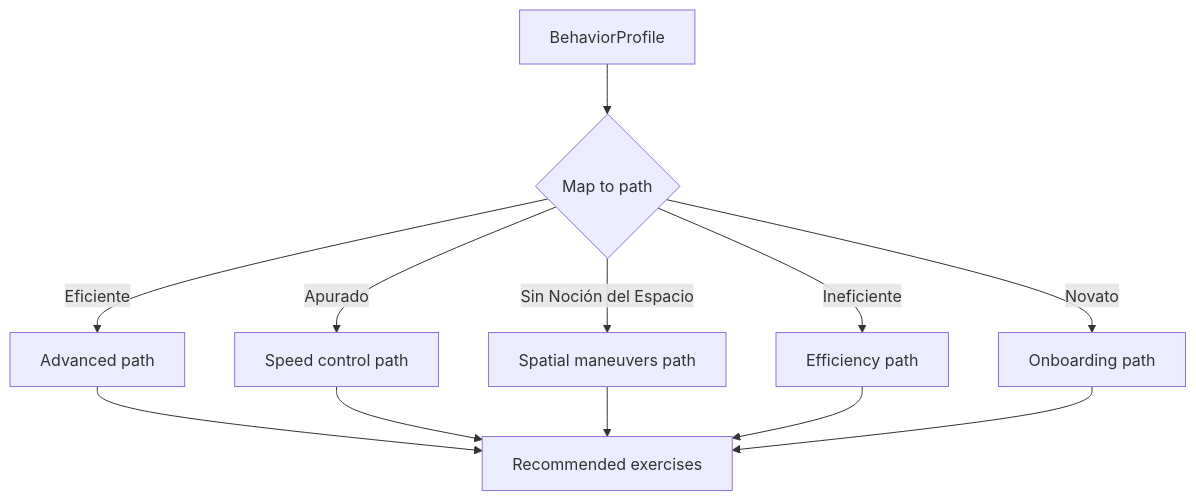
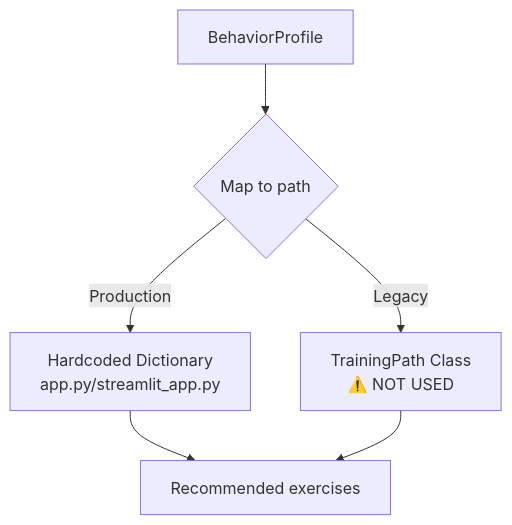
One commit to AgusCatra/Proyecto-titan.v2 changed the sixth of 9 diagrams in .qoder/repowiki/en/content/Core Processing Engine/Training Management.md. Above: the diagram before and after it, drawn with Mermaid. The commit also changed other lines of this file and 36 other files, not shown here.

````diff
--- a/.qoder/repowiki/en/content/Core Processing Engine/Training Management.md
+++ b/.qoder/repowiki/en/content/Core Processing Engine/Training Management.md
@@ -199,14 +250,8 @@
 ```mermaid
 flowchart TD
 P["BehaviorProfile"] --> Map{"Map to path"}
-Map --> |Eficiente| Adv["Advanced path"]
-Map --> |Apurado| Speed["Speed control path"]
-Map --> |Sin Noción del Espacio| Spatial["Spatial maneuvers path"]
-Map --> |Ineficiente| Efficiency["Efficiency path"]
-Map --> |Novato| Onboarding["Onboarding path"]
-Adv --> Output["Recommended exercises"]
-Speed --> Output
-Spatial --> Output
-Efficiency --> Output
-Onboarding --> Output
+Map --> |Production| Hardcoded["Hardcoded Dictionary<br/>app.py/streamlit_app.py"]
+Map --> |Legacy| Advanced["TrainingPath Class<br/>⚠️ NOT USED"]
+Hardcoded --> Output["Recommended exercises"]
+Advanced --> Output
 ```
````
